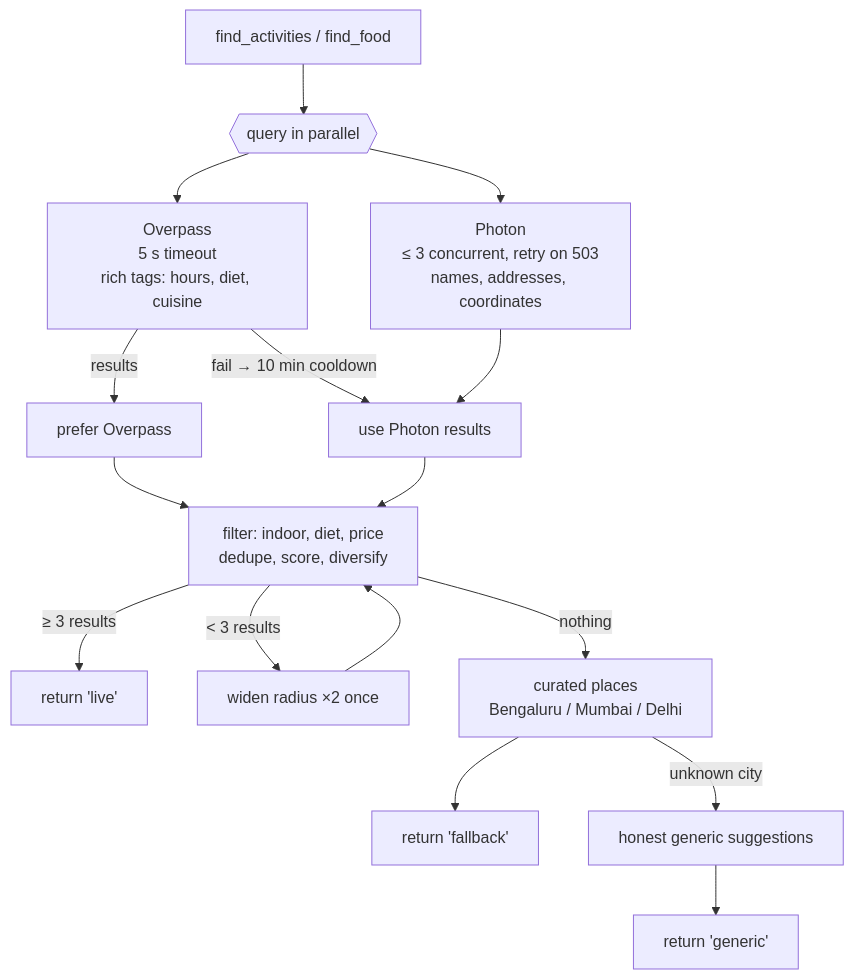
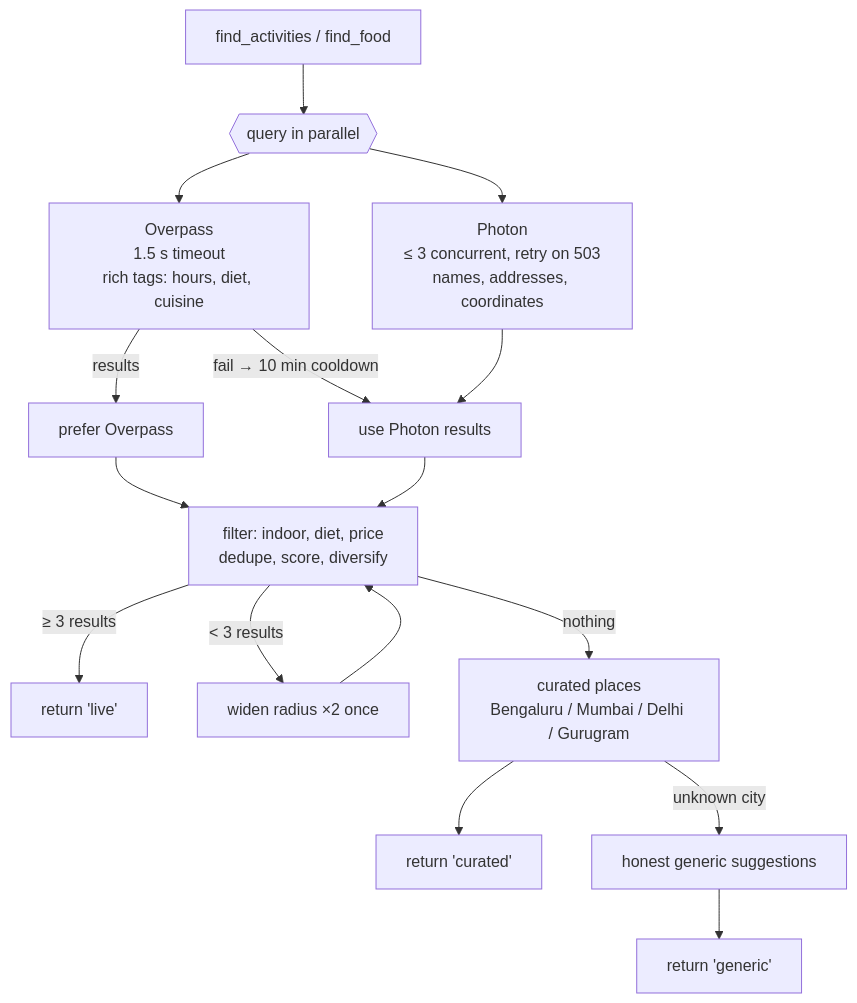
One commit to valayash/perfect-saturday-planner changed the fourth of 4 diagrams in docs/SYSTEM_DESIGN.md. Above: the diagram before and after it, drawn with Mermaid. The commit also changed other lines of this file and 17 other files, not shown here.

````diff
--- a/docs/SYSTEM_DESIGN.md
+++ b/docs/SYSTEM_DESIGN.md
@@ -223,15 +224,15 @@
 ```mermaid
 flowchart TD
     Q["find_activities / find_food"] --> PAR{{"query in parallel"}}
-    PAR --> OV["Overpass<br/>5 s timeout<br/>rich tags: hours, diet, cuisine"]
+    PAR --> OV["Overpass<br/>1.5 s timeout<br/>rich tags: hours, diet, cuisine"]
     PAR --> PH["Photon<br/>≤ 3 concurrent, retry on 503<br/>names, addresses, coordinates"]
     OV -- "results" --> PICK["prefer Overpass"]
     OV -- "fail → 10 min cooldown" --> PH2["use Photon results"]
     PH --> PH2
     PICK --> F["filter: indoor, diet, price<br/>dedupe, score, diversify"]
     PH2 --> F
     F -- "≥ 3 results" --> OUT["return 'live'"]
     F -- "< 3 results" --> WIDEN["widen radius ×2 once"] --> F
-    F -- "nothing" --> CUR["curated places<br/>Bengaluru / Mumbai / Delhi"] --> OUT2["return 'fallback'"]
+    F -- "nothing" --> CUR["curated places<br/>Bengaluru / Mumbai / Delhi / Gurugram"] --> OUT2["return 'curated'"]
     CUR -- "unknown city" --> GEN["honest generic suggestions"] --> OUT3["return 'generic'"]
 ```
````
